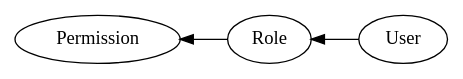
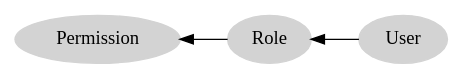
The first of 2 diagrams in docs/concepts/authorization.rst (byceps/byceps), drawn with Graphviz before and after one commit.

Commit message:
Styled graph.

```diff
--- a/docs/concepts/authorization.rst
+++ b/docs/concepts/authorization.rst
@@ -10,5 +10,6 @@
 .. digraph:: unnamed
 
+   node [color=lightgray, style=filled]
    rankdir=RL
 
    User -> Role -> Permission
```
